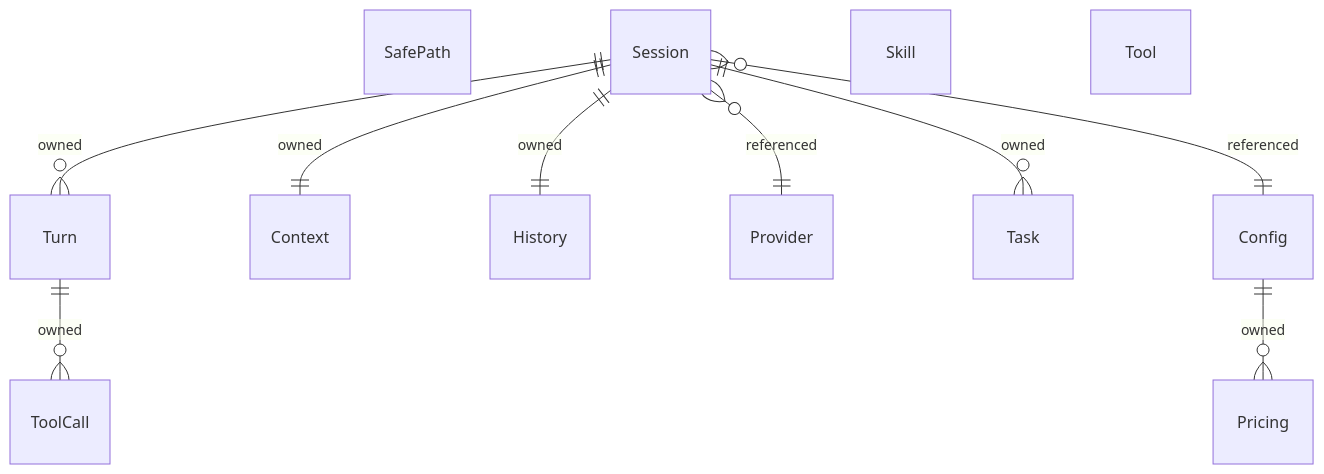
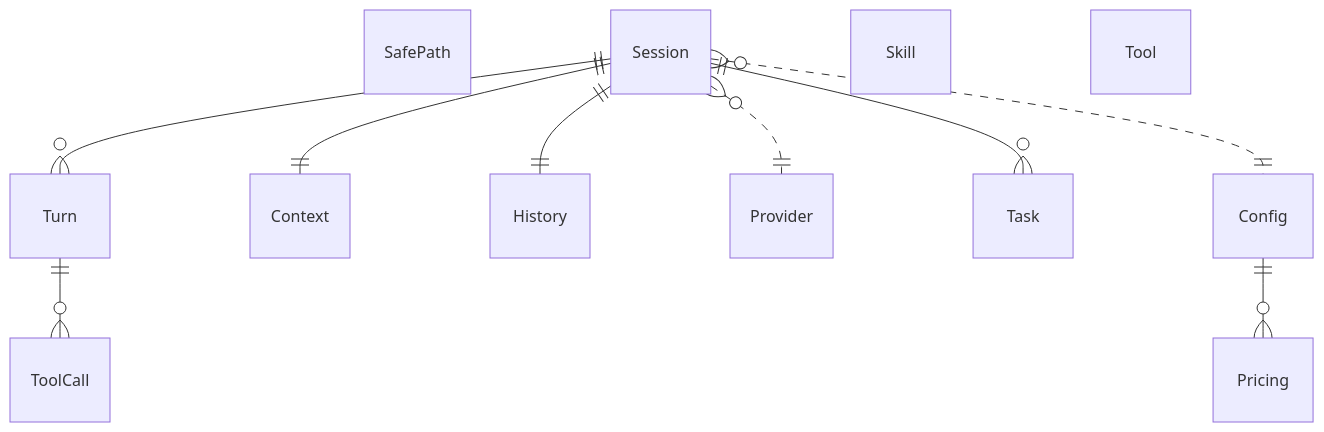
One commit to gosharplite/tell-me-go changed the diagram in docs/domain-model/tell-me-go.modelith.md. Above: the diagram before and after it, drawn with Mermaid. The commit also changed other lines of this file, not shown here.

Commit message:
Regenerate domain-model markdown after README update

````diff
--- a/docs/domain-model/tell-me-go.modelith.md
+++ b/docs/domain-model/tell-me-go.modelith.md
@@ -308,23 +307,23 @@
 ```mermaid
 erDiagram
     Config {}
     Context {}
     History {}
     Pricing {}
     Provider {}
     SafePath {}
     Session {}
     Skill {}
     Task {}
     Tool {}
     ToolCall {}
     Turn {}
-    Config ||--o{ Pricing : "owned"
-    Session ||--o{ Turn : "owned"
-    Session }o--|| Config : "referenced"
-    Session }o--|| Provider : "referenced"
-    Session ||--|| History : "owned"
-    Session ||--|| Context : "owned"
-    Session ||--o{ Task : "owned"
-    Turn ||--o{ ToolCall : "owned"
+    Config ||--o{ Pricing : ""
+    Session ||--o{ Turn : ""
+    Session }o..|| Config : ""
+    Session }o..|| Provider : ""
+    Session ||--|| History : ""
+    Session ||--|| Context : ""
+    Session ||--o{ Task : ""
+    Turn ||--o{ ToolCall : ""
 ```
````
